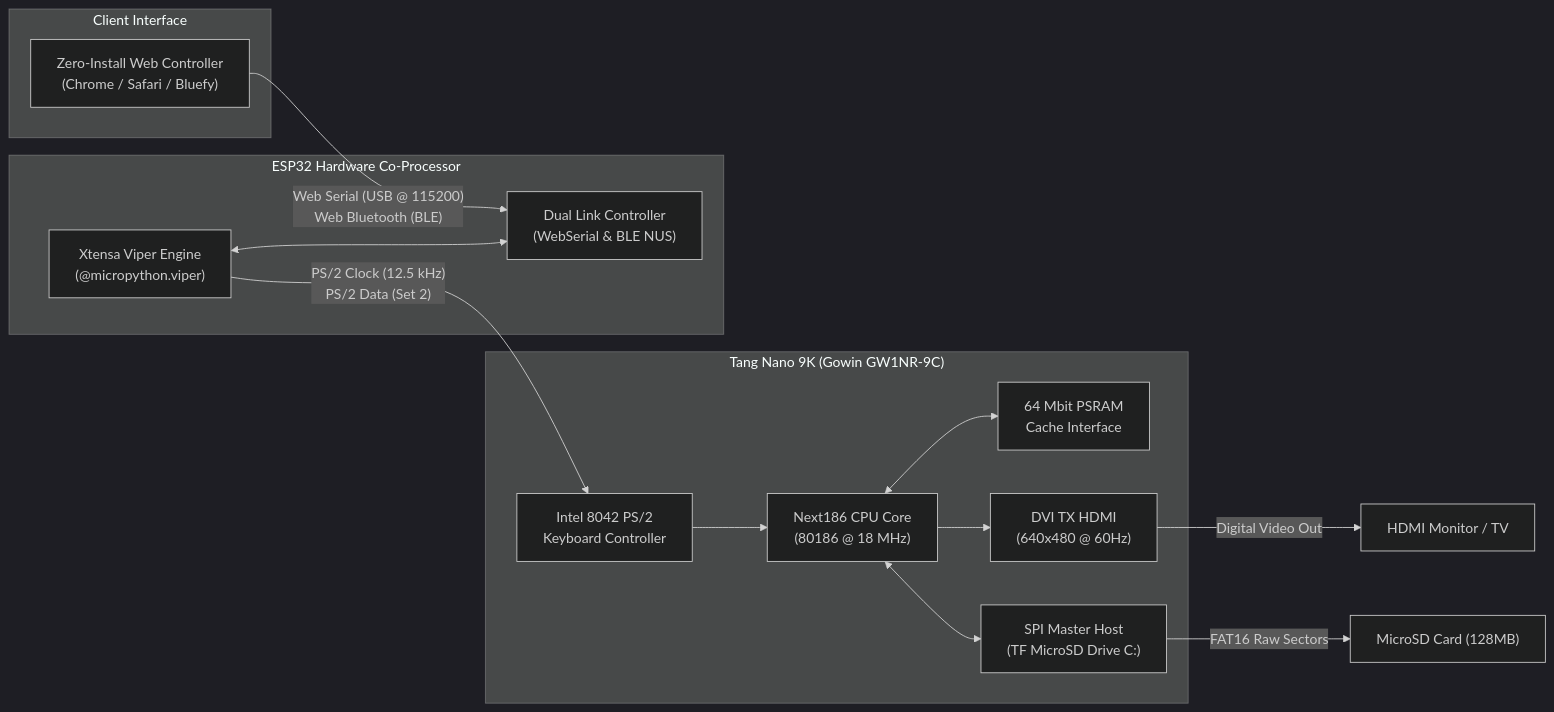
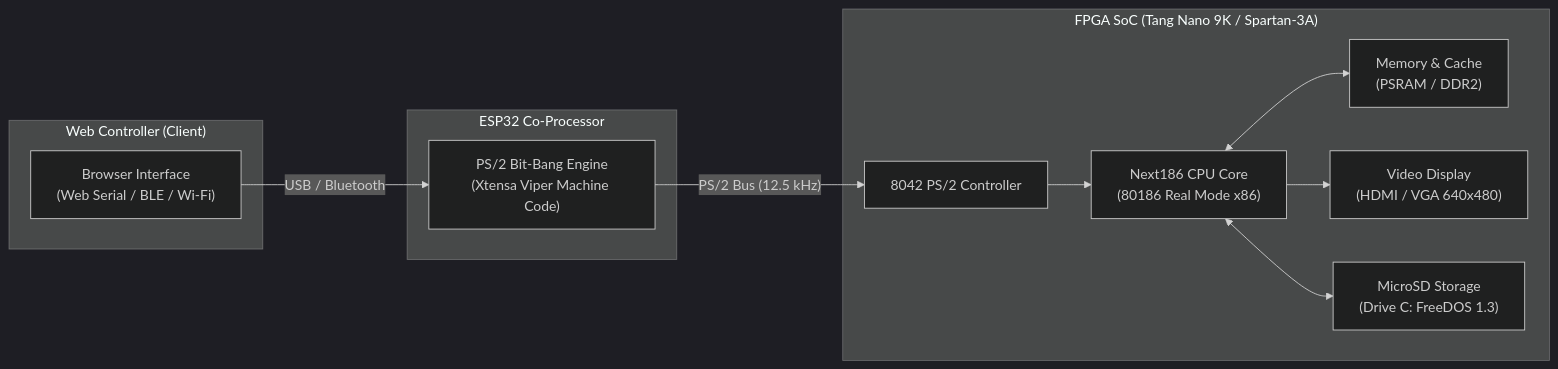
Before and after one commit to Tslrs/NanoLink86: the diagram in README.md, drawn with Mermaid (dark theme). The commit also changed other lines of this file and 1 other file, not shown here.

Commit message:
docs: clean up and simplify system architecture diagram

````diff
--- a/README.md
+++ b/README.md
@@ -48,30 +48,26 @@
 ```mermaid
 flowchart LR
-    subgraph FPGA ["Tang Nano 9K (Gowin GW1NR-9C)"]
-        CPU["Next186 CPU Core<br/>(80186 @ 18 MHz)"]
-        RAM["64 Mbit PSRAM<br/>Cache Interface"]
-        VGA["DVI TX HDMI<br/>(640x480 @ 60Hz)"]
-        SPI["SPI Master Host<br/>(TF MicroSD Drive C:)"]
-        KBD["Intel 8042 PS/2<br/>Keyboard Controller"]
-        
-        CPU <--> RAM
-        CPU --> VGA
-        CPU <--> SPI
-        KBD --> CPU
+    subgraph CLIENT ["Web Controller (Client)"]
+        WEB["Browser Interface<br/>(Web Serial / BLE / Wi-Fi)"]
     end
 
-    subgraph ESP ["ESP32 Hardware Co-Processor"]
-        VIPER["Xtensa Viper Engine<br/>(@micropython.viper)"]
-        COMMS["Dual Link Controller<br/>(WebSerial & BLE NUS)"]
-        VIPER <--> COMMS
+    subgraph ESP ["ESP32 Co-Processor"]
+        VIPER["PS/2 Bit-Bang Engine<br/>(Xtensa Viper Machine Code)"]
     end
 
-    subgraph CLIENT ["Client Interface"]
-        UI["Zero-Install Web Controller<br/>(Chrome / Safari / Bluefy)"]
+    subgraph FPGA ["FPGA SoC (Tang Nano 9K / Spartan-3A)"]
+        KBD["8042 PS/2 Controller"]
+        CPU["Next186 CPU Core<br/>(80186 Real Mode x86)"]
+        MEM["Memory & Cache<br/>(PSRAM / DDR2)"]
+        VGA["Video Display<br/>(HDMI / VGA 640x480)"]
+        SD["MicroSD Storage<br/>(Drive C: FreeDOS 1.3)"]
+
+        KBD --> CPU
+        CPU <--> MEM
+        CPU --> VGA
+        CPU <--> SD
     end
 
-    VIPER -- "PS/2 Clock (12.5 kHz)<br/>PS/2 Data (Set 2)" --> KBD
-    UI -- "Web Serial (USB @ 115200)<br/>Web Bluetooth (BLE)" --> COMMS
-    VGA -- "Digital Video Out" --> DISP["HDMI Monitor / TV"]
-    SPI -- "FAT16 Raw Sectors" --> SD["MicroSD Card (128MB)"]
+    WEB -- "USB / Bluetooth" --> VIPER
+    VIPER -- "PS/2 Bus (12.5 kHz)" --> KBD
 ```
````
